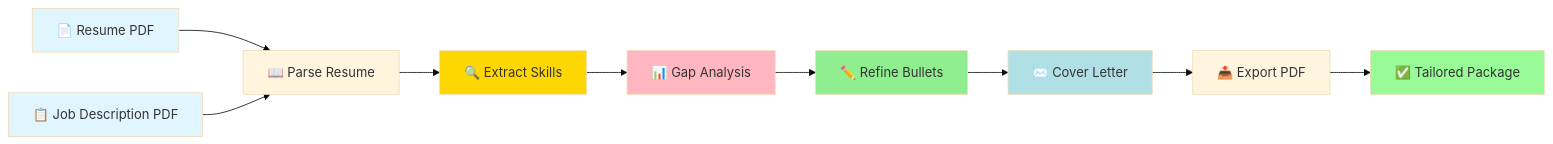
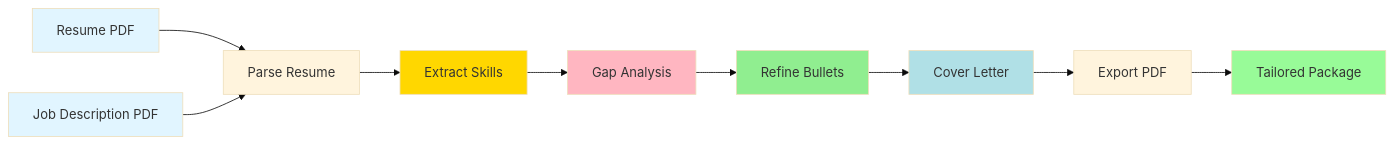
The fifth of 10 diagrams in README.md (aaryan182/ai_agents_prod_langgraph), drawn with Mermaid (base theme) before and after one commit. The commit also changed other lines of this file and 7 other files, not shown here.

````diff
--- a/README.md
+++ b/README.md
@@ -539,19 +539,19 @@
 ```mermaid
 graph LR
-    A[📄 Resume PDF] --> B[📖 Parse Resume]
-    C[📋 Job Description PDF] --> B
-    B --> D[🔍 Extract Skills]
-    D --> E[📊 Gap Analysis]
-    E --> F[✏️ Refine Bullets]
-    F --> G[✉️ Cover Letter]
-    G --> H[📤 Export PDF]
-    H --> I[✅ Tailored Package]
+    A[Resume PDF] --> B[Parse Resume]
+    C[Job Description PDF] --> B
+    B --> D[Extract Skills]
+    D --> E[Gap Analysis]
+    E --> F[Refine Bullets]
+    F --> G[Cover Letter]
+    G --> H[Export PDF]
+    H --> I[Tailored Package]
     
     style A fill:#e1f5ff
     style C fill:#e1f5ff
     style D fill:#FFD700
     style E fill:#FFB6C1
     style F fill:#90EE90
     style G fill:#B0E0E6
     style I fill:#98FB98
 ```
````
